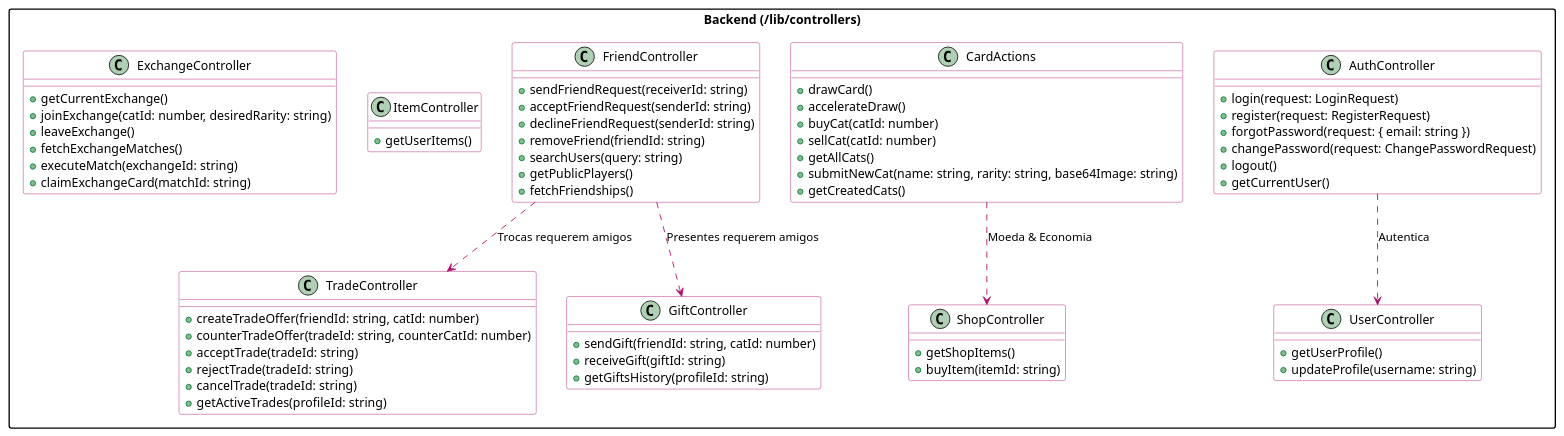
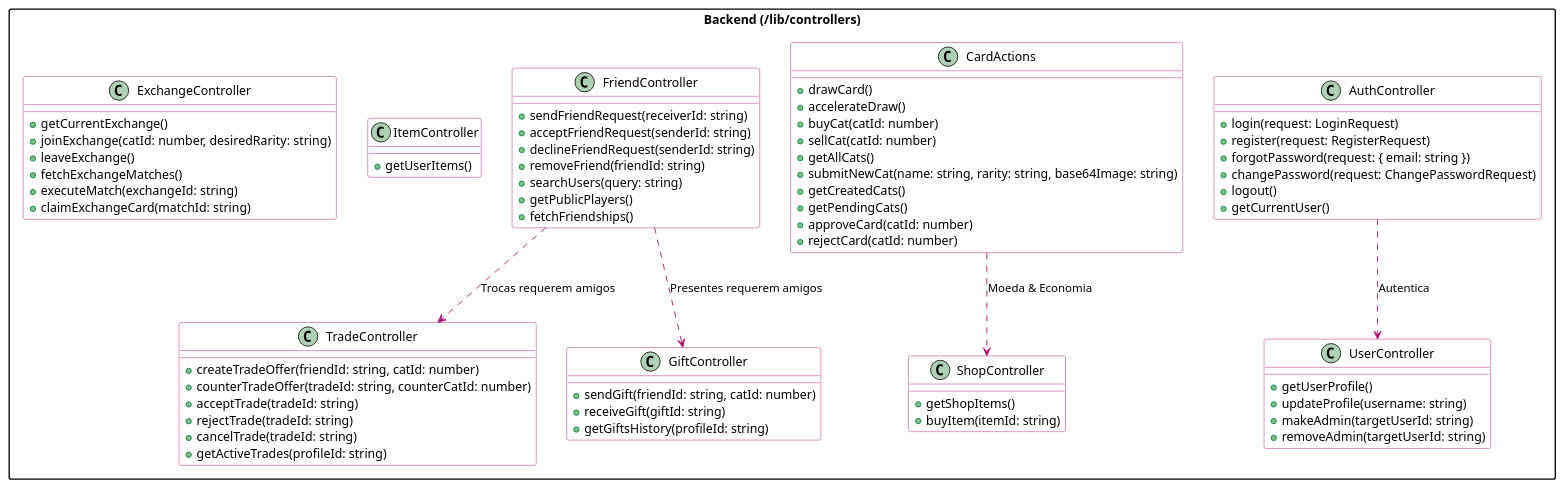
Before and after one commit to murilo-henrique060/catcha: the diagram in docs/backend/controllers.md, drawn with PlantUML. The commit also changed other lines of this file, not shown here.

Commit message:
docs: update backend controllers documentation for admin capabilities

```diff
--- a/docs/backend/controllers.md
+++ b/docs/backend/controllers.md
@@ -31,6 +31,8 @@
     class UserController {
         + getUserProfile()
         + updateProfile(username: string)
+        + makeAdmin(targetUserId: string)
+        + removeAdmin(targetUserId: string)
     }
 
     class CardActions {
@@ -41,6 +43,9 @@
         + getAllCats()
         + submitNewCat(name: string, rarity: string, base64Image: string)
         + getCreatedCats()
+        + getPendingCats()
+        + approveCard(catId: number)
+        + rejectCard(catId: number)
     }
 
     class FriendController {
```
